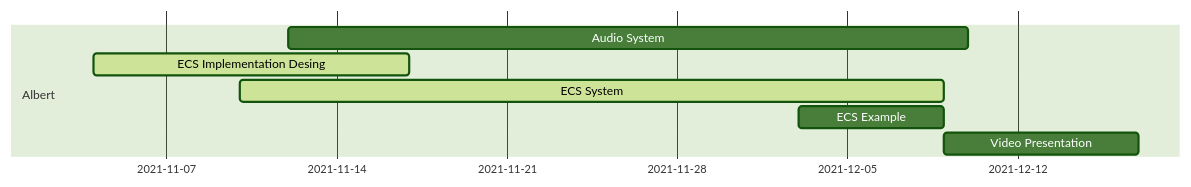
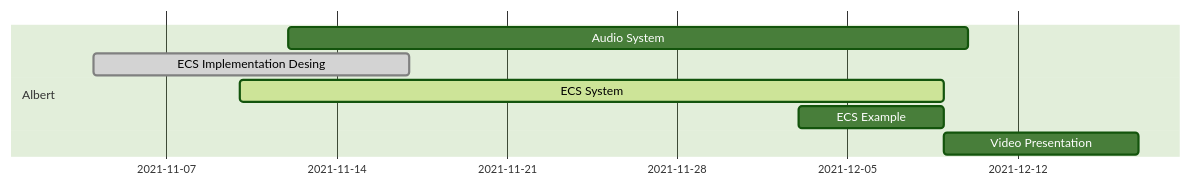
Before and after one commit to IlkkaTakala/Eril-Engine: the third of 8 diagrams in docs/ProjectPlan.md, drawn with Mermaid (forest theme). The commit also changed other lines of this file, not shown here.

Commit message:
Updated responsibilities, timelines

````diff
--- a/docs/ProjectPlan.md
+++ b/docs/ProjectPlan.md
@@ -77,11 +89,11 @@
 ```mermaid
 gantt
 dateFormat  DD-MM
 
 section Albert
 Audio System            :         ades1, 12-11, 28d
-ECS Implementation Desing:active, ades2, 04-11, 13d
+ECS Implementation Desing:done,   ades2, 04-11, 13d
 ECS System              :active,  ades3, 10-11, 09-12
 ECS Example             :         ades4, 03-12, 09-12
 Video Presentation      :         ades5, 09-12, 17-12
 ```
````
